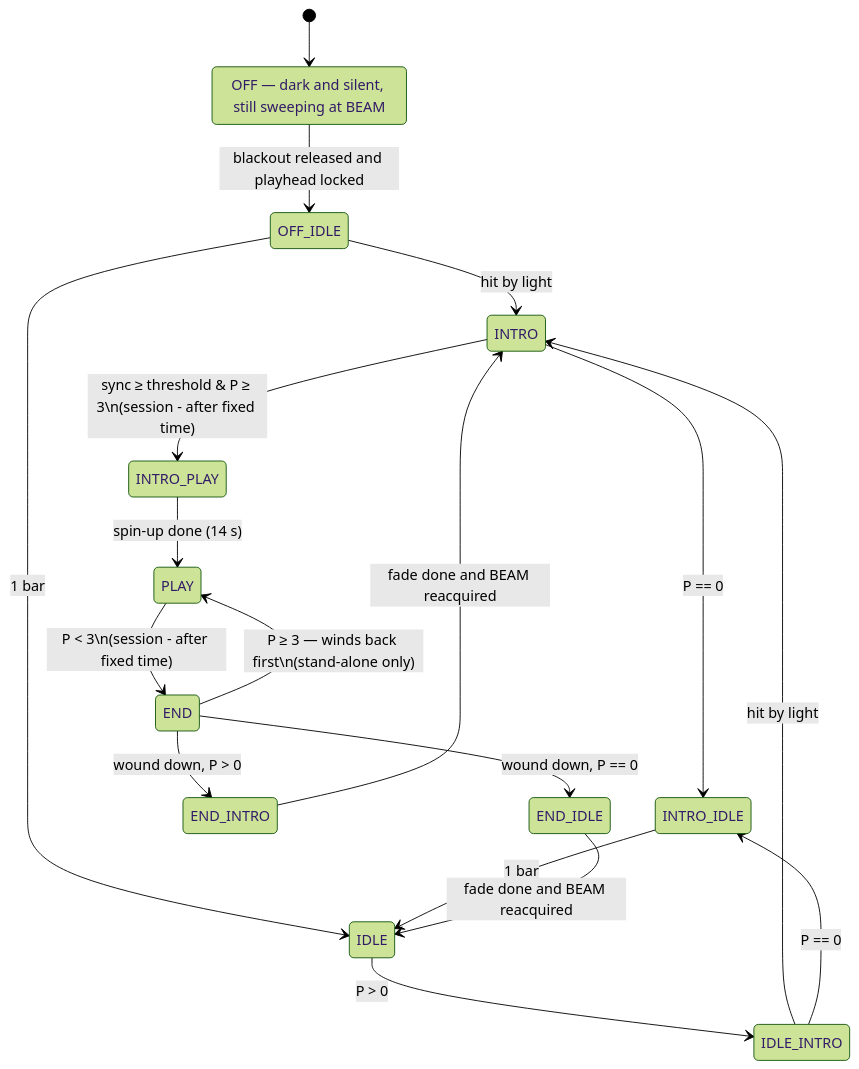
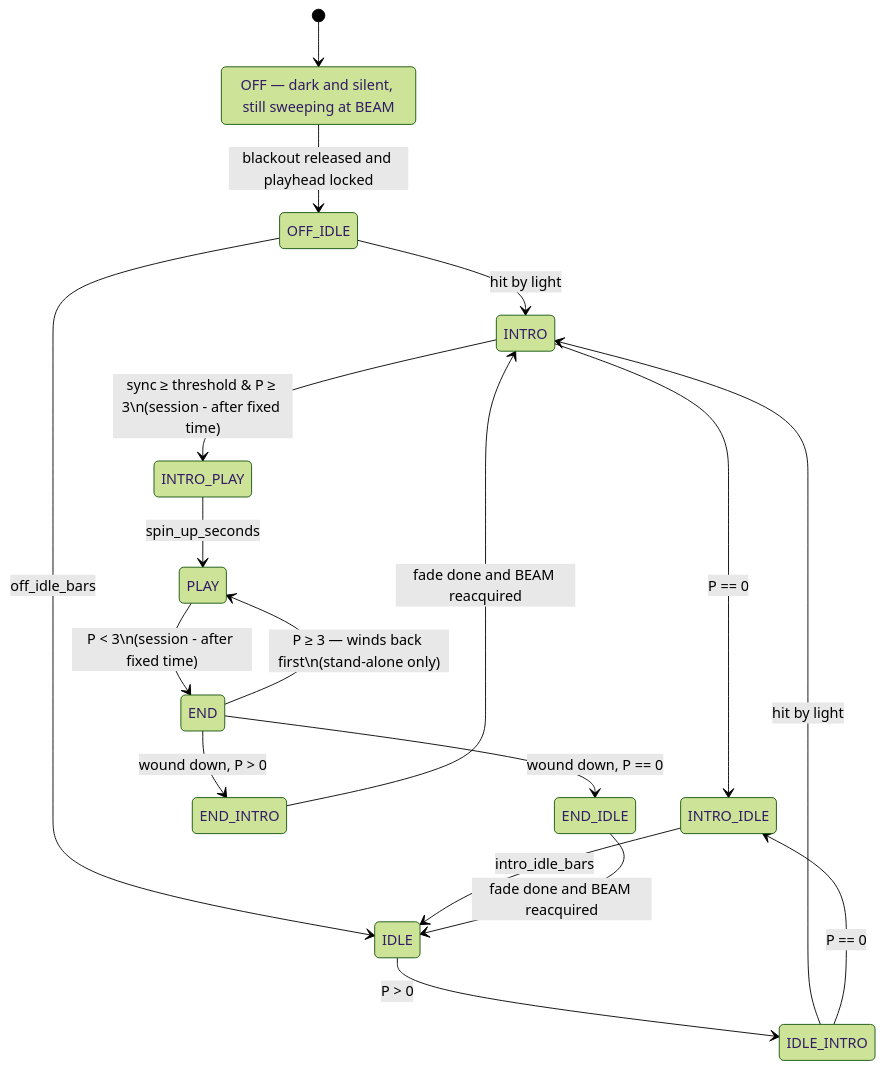
The diagram in apps/white_space/data/STATES.md (moostrik/Poser2), drawn with Mermaid (forest theme) before and after one commit. The commit also changed other lines of this file and 4 other files, not shown here.

````diff
--- a/apps/white_space/data/STATES.md
+++ b/apps/white_space/data/STATES.md
@@ -40,21 +42,21 @@
 ```mermaid
 stateDiagram-v2
+    [*] --> OFF
     OFF: OFF — dark and silent, still sweeping at BEAM
-    [*] --> OFF
     OFF --> OFF_IDLE: blackout released and playhead locked
     OFF_IDLE --> INTRO: hit by light
-    OFF_IDLE --> IDLE: 1 bar
+    OFF_IDLE --> IDLE: off_idle_bars
     IDLE --> IDLE_INTRO: P > 0
     IDLE_INTRO --> INTRO: hit by light
     IDLE_INTRO --> INTRO_IDLE: P == 0
     INTRO --> INTRO_IDLE: P == 0
     INTRO --> INTRO_PLAY: sync ≥ threshold & P ≥ 3\n(session - after fixed time)
-    INTRO_IDLE --> IDLE: 1 bar
-    INTRO_PLAY --> PLAY: spin-up done (14 s)
+    INTRO_IDLE --> IDLE: intro_idle_bars
+    INTRO_PLAY --> PLAY: spin_up_seconds
     PLAY --> END: P < 3\n(session - after fixed time)
     END --> PLAY: P ≥ 3 — winds back first\n(stand-alone only)
     END --> END_INTRO: wound down, P > 0
     END --> END_IDLE: wound down, P == 0
     END_INTRO --> INTRO: fade done and BEAM reacquired
     END_IDLE --> IDLE: fade done and BEAM reacquired
 ```
````
